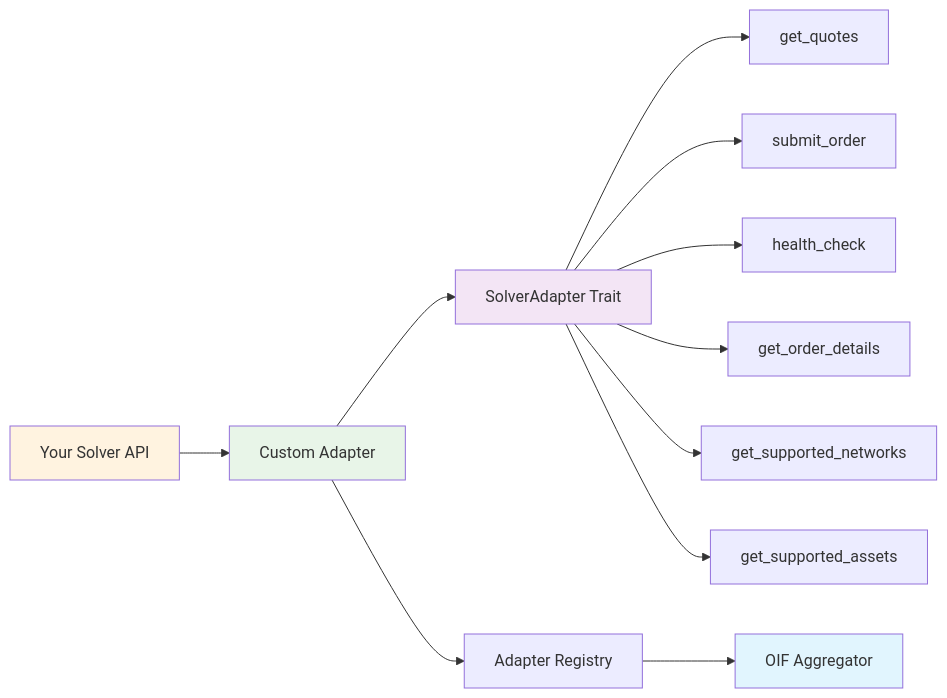
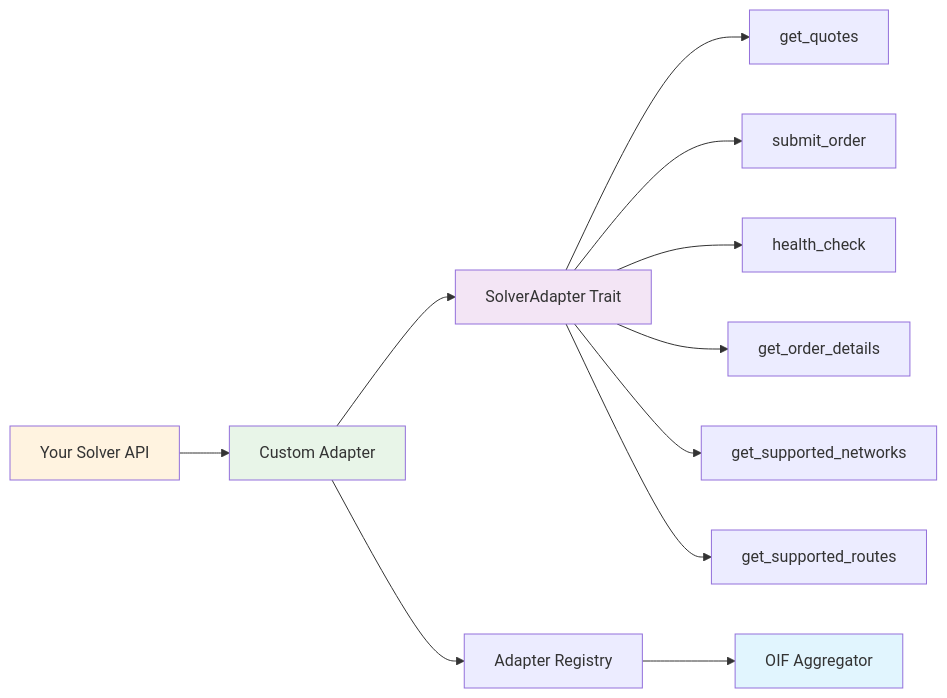
The second of 2 diagrams in docs/custom-adapters.md (openintentsframework/oif-aggregator), drawn with Mermaid before and after one commit. The commit also changed other lines of this file and 24 other files, not shown here.

````diff
--- a/docs/custom-adapters.md
+++ b/docs/custom-adapters.md
@@ -22,19 +22,19 @@
 ```mermaid
 graph LR
     A[Your Solver API] --> B[Custom Adapter]
     B --> C[SolverAdapter Trait]
     C --> D[get_quotes]
     C --> E[submit_order]
     C --> F[health_check]
     C --> G[get_order_details]
     C --> H[get_supported_networks]
-    C --> I[get_supported_assets]
+    C --> I[get_supported_routes]
     
     B --> J[Adapter Registry]
     J --> K[OIF Aggregator]
     
     style A fill:#fff3e0
     style B fill:#e8f5e8
     style C fill:#f3e5f5
     style K fill:#e1f5fe
 ```
````
